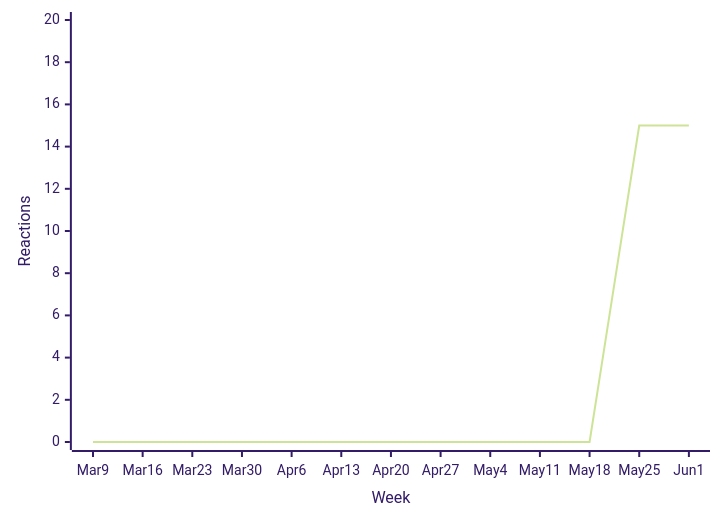
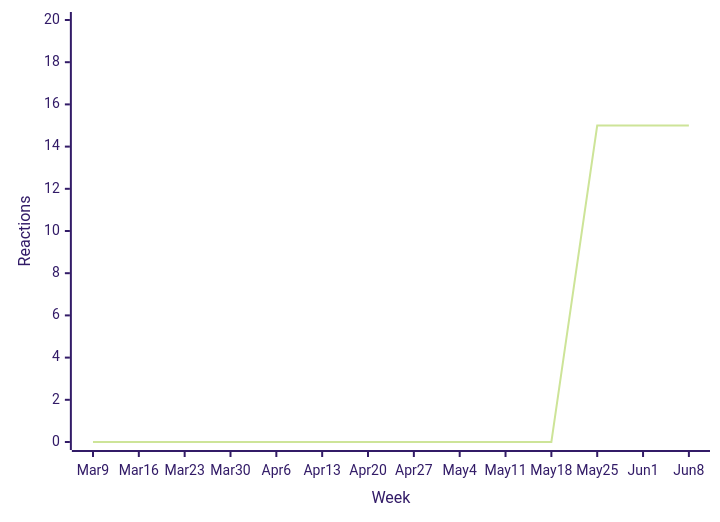
One commit to loic-sharma/github-insights changed the tenth of 44 diagrams in README.md. Above: the diagram before and after it, drawn with Mermaid (forest theme). The commit also changed other lines of this file and 3 other files, not shown here.

````diff
--- a/README.md
+++ b/README.md
@@ -492,6 +492,6 @@
   ```mermaid
   xychart-beta
-    x-axis "Week" [Mar 9, Mar 16, Mar 23, Mar 30, Apr 6, Apr 13, Apr 20, Apr 27, May 4, May 11, May 18, May 25, Jun 1]
+    x-axis "Week" [Mar 9, Mar 16, Mar 23, Mar 30, Apr 6, Apr 13, Apr 20, Apr 27, May 4, May 11, May 18, May 25, Jun 1, Jun 8]
     y-axis "Reactions" 0 --> 20
-    line [0, 0, 0, 0, 0, 0, 0, 0, 0, 0, 0, 15, 15]
+    line [0, 0, 0, 0, 0, 0, 0, 0, 0, 0, 0, 15, 15, 15]
   ```
````
